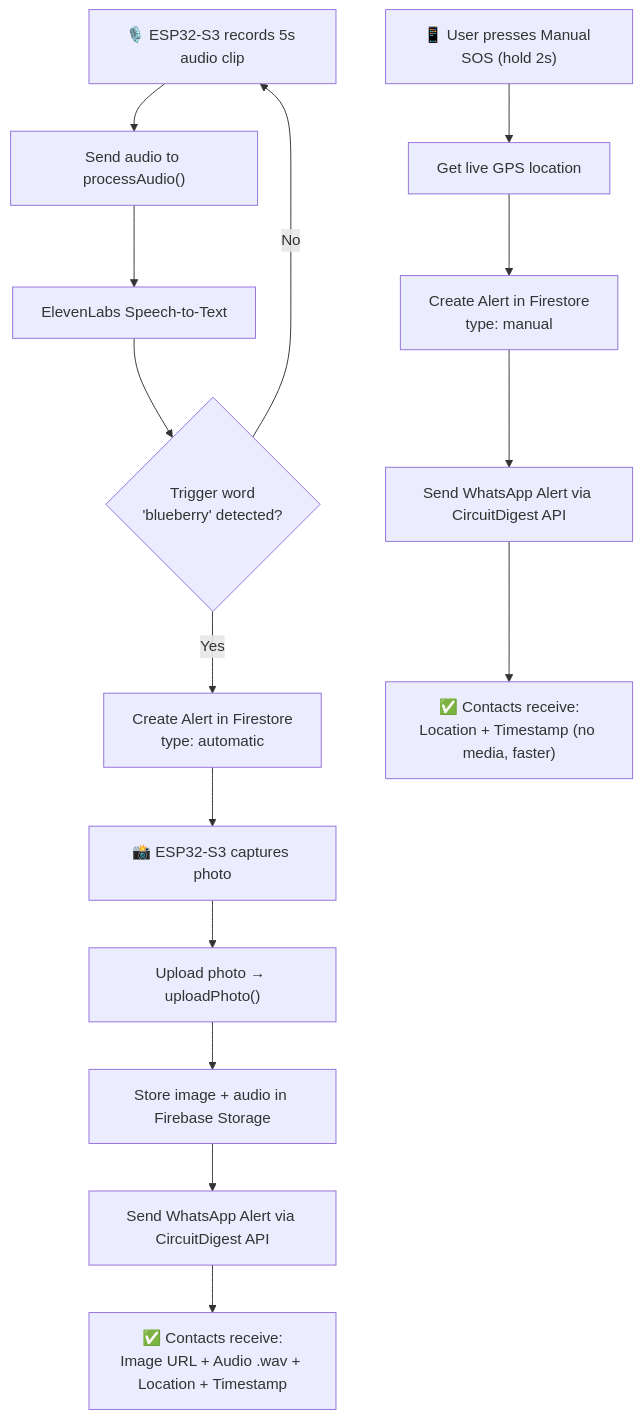
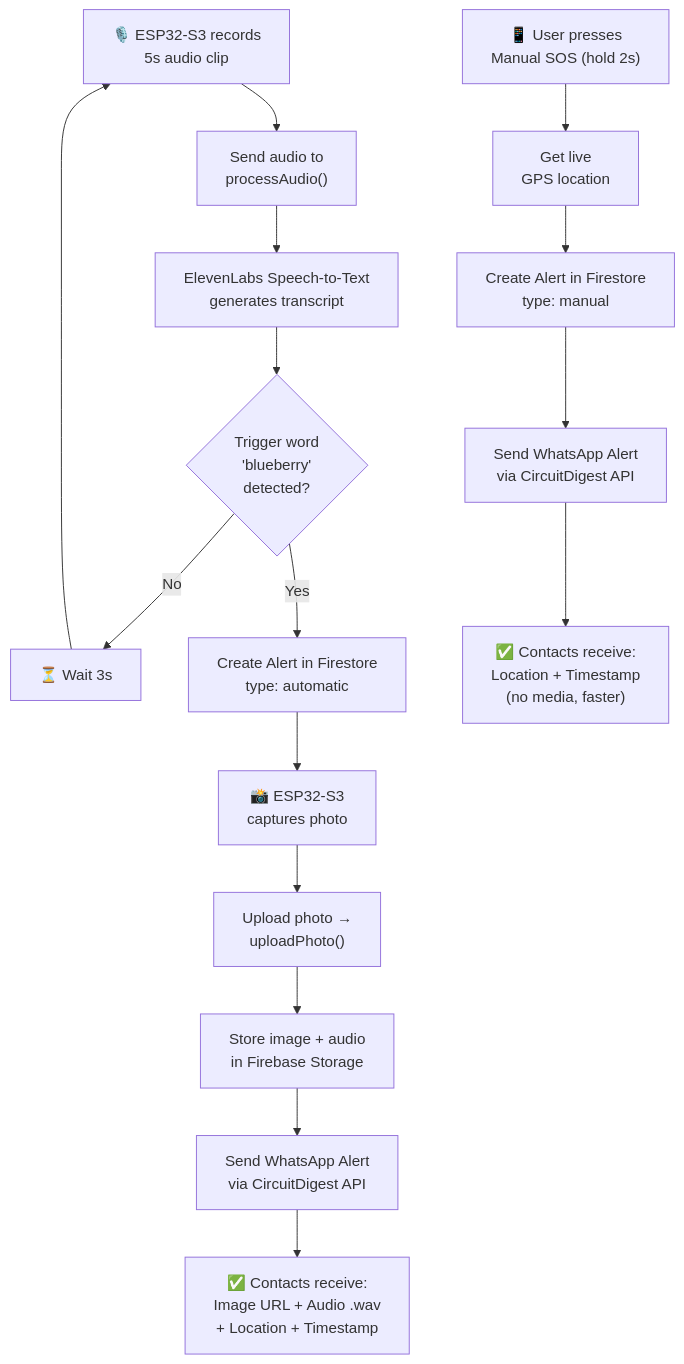
One commit to SubashreeT24/SheAlert changed the second of 2 diagrams in README.md. Above: the diagram before and after it, drawn with Mermaid. The commit also changed other lines of this file, not shown here.

````diff
--- a/README.md
+++ b/README.md
@@ -109,18 +113,19 @@
 ```mermaid
 flowchart TD
-    A["🎙️ ESP32-S3 records 5s audio clip"] --> B["Send audio to processAudio()"]
-    B --> C["ElevenLabs Speech-to-Text"]
-    C --> D{"Trigger word<br/>'blueberry' detected?"}
-    D -- No --> A
+    A["🎙️ ESP32-S3 records<br/>5s audio clip"] --> B["Send audio to<br/>processAudio()"]
+    B --> C["ElevenLabs Speech-to-Text<br/>generates transcript"]
+    C --> D{"Trigger word<br/>'blueberry'<br/>detected?"}
+    D -- No --> W["⏳ Wait 3s"]
+    W --> A
     D -- Yes --> E["Create Alert in Firestore<br/>type: automatic"]
-    E --> F["📸 ESP32-S3 captures photo"]
-    F --> G["Upload photo → uploadPhoto()"]
-    G --> H["Store image + audio in Firebase Storage"]
-    H --> I["Send WhatsApp Alert via CircuitDigest API"]
-    I --> J["✅ Contacts receive:<br/>Image URL + Audio .wav + Location + Timestamp"]
+    E --> F["📸 ESP32-S3<br/>captures photo"]
+    F --> G["Upload photo →<br/>uploadPhoto()"]
+    G --> H["Store image + audio<br/>in Firebase Storage"]
+    H --> I["Send WhatsApp Alert<br/>via CircuitDigest API"]
+    I --> J["✅ Contacts receive:<br/>Image URL + Audio .wav<br/>+ Location + Timestamp"]
 
-    K["📱 User presses Manual SOS (hold 2s)"] --> L["Get live GPS location"]
+    K["📱 User presses<br/>Manual SOS (hold 2s)"] --> L["Get live<br/>GPS location"]
     L --> M["Create Alert in Firestore<br/>type: manual"]
-    M --> N["Send WhatsApp Alert via CircuitDigest API"]
-    N --> O["✅ Contacts receive:<br/>Location + Timestamp (no media, faster)"]
+    M --> N["Send WhatsApp Alert<br/>via CircuitDigest API"]
+    N --> O["✅ Contacts receive:<br/>Location + Timestamp<br/>(no media, faster)"]
 ```
````
